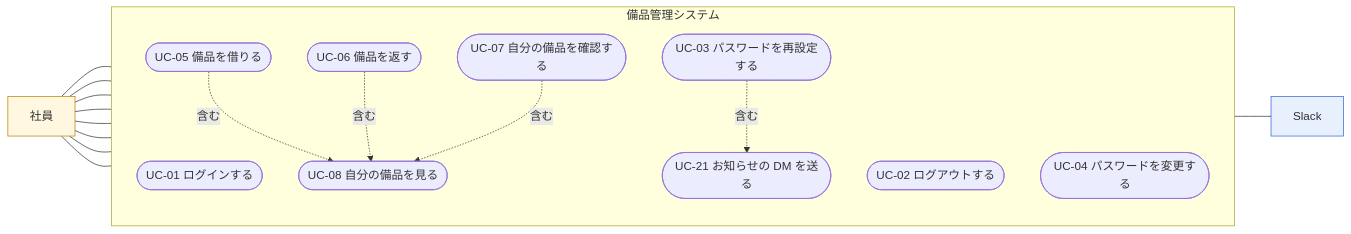
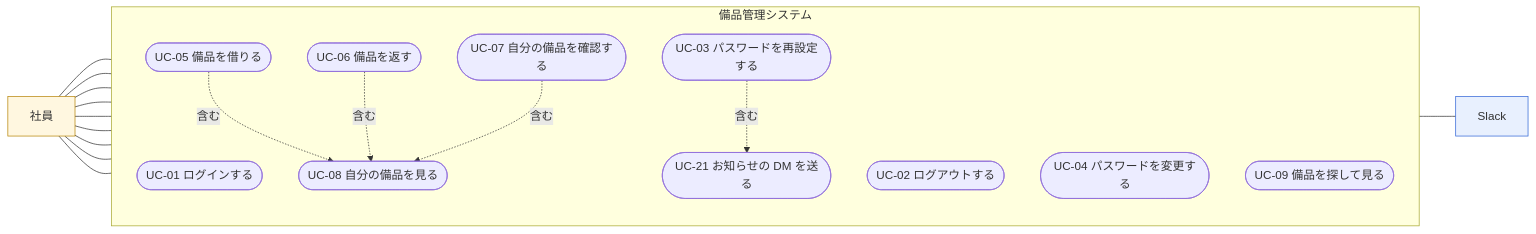
One commit to sekiyak611/EquipmentManagementSystem_Document changed the second of 4 diagrams in externaldesign/ユースケース図.md. Above: the diagram before and after it, drawn with Mermaid. The commit also changed other lines of this file and 13 other files, not shown here.

````diff
--- a/externaldesign/ユースケース図.md
+++ b/externaldesign/ユースケース図.md
@@ -83,35 +85,37 @@
 ```mermaid
 flowchart LR
     classDef actor fill:#fff7e0,stroke:#b8860b,color:#333
     classDef ext fill:#e8f0fe,stroke:#3367d6,color:#333
 
     EMP["社員"]:::actor
     SLACK["Slack"]:::ext
 
     subgraph SYS["備品管理システム"]
         direction TB
         UC01(["UC-01 ログインする"])
         UC02(["UC-02 ログアウトする"])
         UC03(["UC-03 パスワードを再設定する"])
         UC04(["UC-04 パスワードを変更する"])
         UC05(["UC-05 備品を借りる"])
         UC06(["UC-06 備品を返す"])
         UC07(["UC-07 自分の備品を確認する"])
         UC08(["UC-08 自分の備品を見る"])
+        UC09e(["UC-09 備品を探して見る"])
         UC21(["UC-21 お知らせの DM を送る"])
     end
 
     EMP --- UC01
     EMP --- UC02
     EMP --- UC03
     EMP --- UC04
     EMP --- UC05
     EMP --- UC06
     EMP --- UC07
     EMP --- UC08
+    EMP --- UC09e
     UC05 -.->|"含む"| UC08
     UC06 -.->|"含む"| UC08
     UC07 -.->|"含む"| UC08
     UC03 -.->|"含む"| UC21
     UC21 --- SLACK
 ```
````
